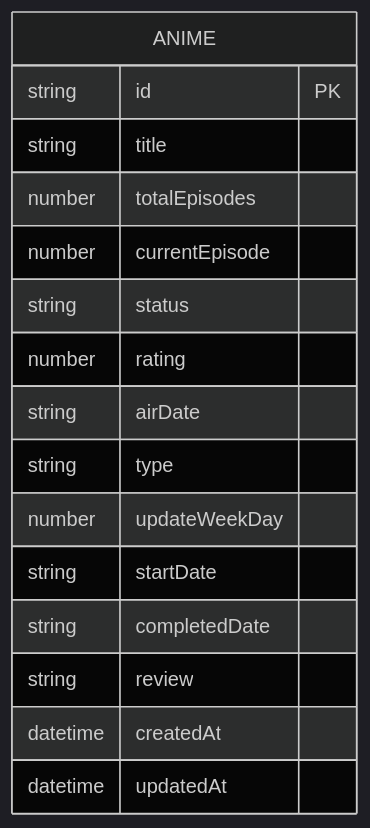
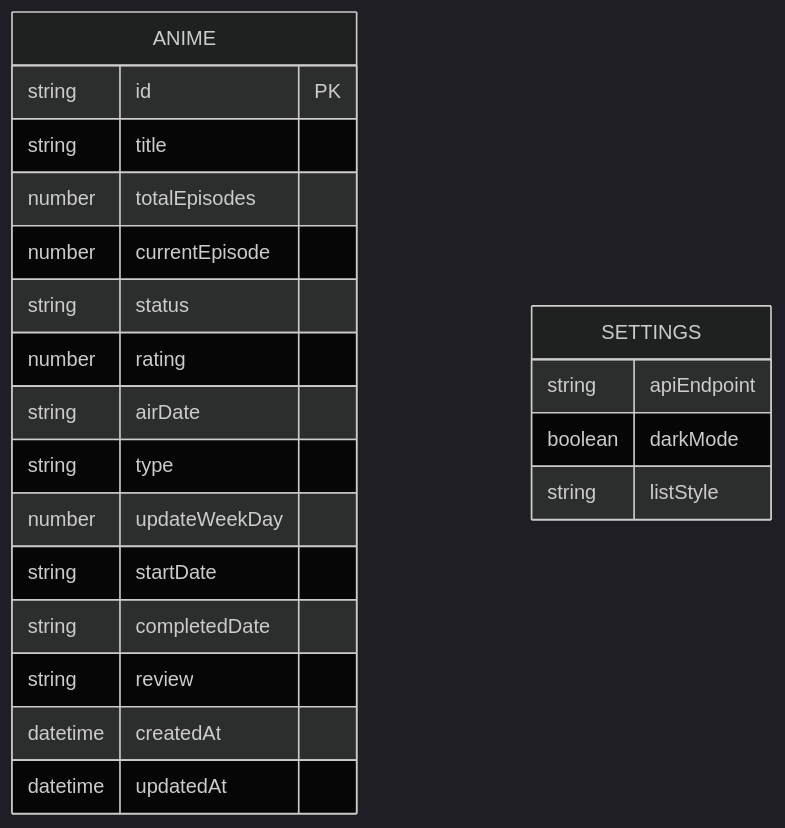
One commit to KAGUYA284/anima-list changed the ninth of 11 diagrams in .qoder/repowiki/zh/content/核心功能模块/核心功能模块.md. Above: the diagram before and after it, drawn with Mermaid (dark theme). The commit also changed other lines of this file and 17 other files, not shown here.

````diff
--- a/.qoder/repowiki/zh/content/核心功能模块/核心功能模块.md
+++ b/.qoder/repowiki/zh/content/核心功能模块/核心功能模块.md
@@ -253,19 +356,24 @@
 ```mermaid
 erDiagram
 ANIME {
 string id PK
 string title
 number totalEpisodes
 number currentEpisode
 string status
 number rating
 string airDate
 string type
 number updateWeekDay
 string startDate
 string completedDate
 string review
 datetime createdAt
 datetime updatedAt
 }
+SETTINGS {
+string apiEndpoint
+boolean darkMode
+string listStyle
+}
 ```
````
